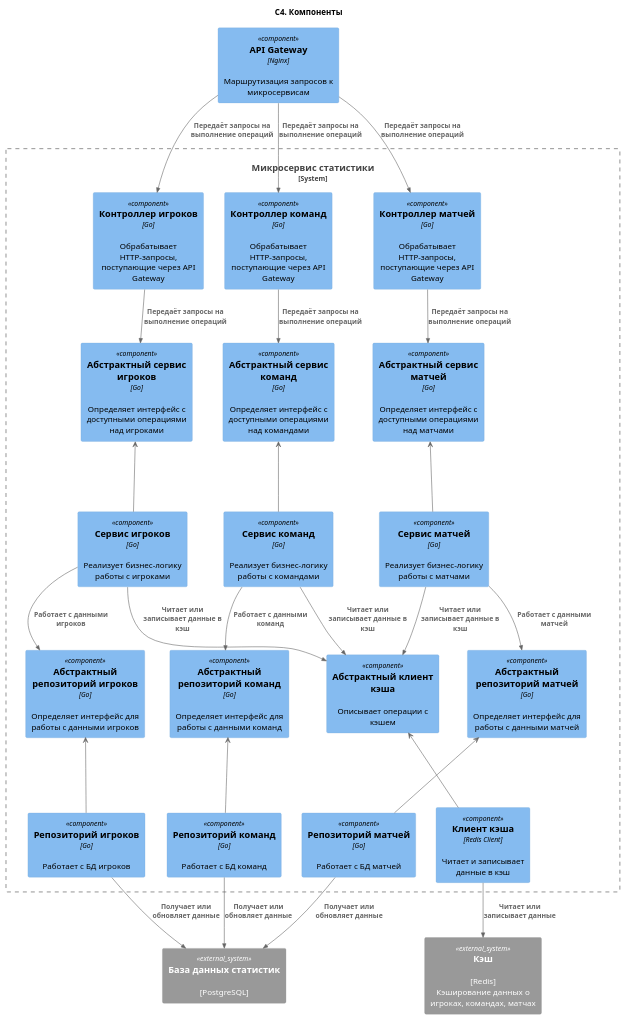
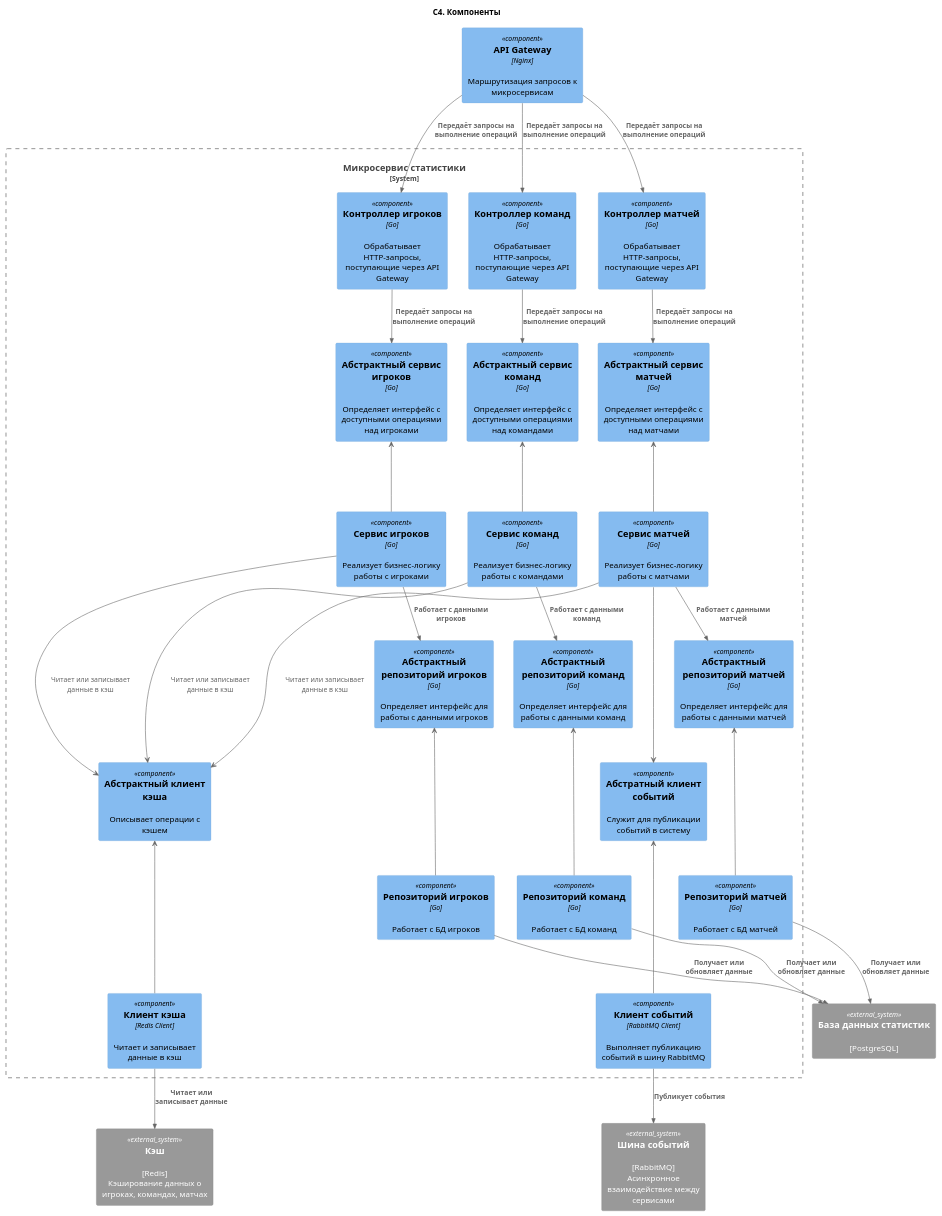
Before and after one commit to pdani1ov/project_doc: the diagram in 2. Технический проект/components.puml, drawn with PlantUML. The commit also changed 5 other files, not shown here.

Commit message:
Заменил систему резервного копирования на систему управления видеофрагментами, добавил шину событий, поправил container в C4

```diff
--- a/2. Технический проект/components.puml
+++ b/2. Технический проект/components.puml
@@ -1,62 +1,76 @@
 @startuml Component
 title "C4. Компоненты"
 
 !include <C4/C4_Component>
 
 Component(apiGateway, "API Gateway", "Nginx", "Маршрутизация запросов к микросервисам")
 
 System_Boundary(productService, "Микросервис статистики") {
     Component(playerController, "Контроллер игроков", "Go", "Обрабатывает HTTP-запросы, поступающие через API Gateway")
     Component(teamController, "Контроллер команд", "Go", "Обрабатывает HTTP-запросы, поступающие через API Gateway")
     Component(matchController, "Контроллер матчей", "Go", "Обрабатывает HTTP-запросы, поступающие через API Gateway")
+    
     Component(playerInterfaceService, "Абстрактный сервис игроков", "Go", "Определяет интерфейс с доступными операциями над игроками")
     Component(teamInterfaceService, "Абстрактный сервис команд", "Go", "Определяет интерфейс с доступными операциями над командами")
     Component(matchInterfaceService, "Абстрактный сервис матчей", "Go", "Определяет интерфейс с доступными операциями над матчами")
+    
     Component(playerService, "Сервис игроков", "Go", "Реализует бизнес-логику работы с игроками")
     Component(teamService, "Сервис команд", "Go", "Реализует бизнес-логику работы с командами")
     Component(matchService, "Сервис матчей", "Go", "Реализует бизнес-логику работы с матчами")
+    
     Component(playerInterfaceRepository, "Абстрактный репозиторий игроков", "Go", "Определяет интерфейс для работы с данными игроков")
     Component(teamInterfaceRepository, "Абстрактный репозиторий команд", "Go", "Определяет интерфейс для работы с данными команд")
     Component(matchInterfaceRepository, "Абстрактный репозиторий матчей", "Go", "Определяет интерфейс для работы с данными матчей")
+    
     Component(playerRepository, "Репозиторий игроков", "Go", "Работает с БД игроков")
     Component(teamRepository, "Репозиторий команд", "Go", "Работает с БД команд")
     Component(matchRepository, "Репозиторий матчей", "Go", "Работает с БД матчей")
+    
     Component(interfaceCacheClient, "Абстрактный клиент кэша", "", "Описывает операции с кэшем")
     Component(cacheClient, "Клиент кэша", "Redis Client", "Читает и записывает данные в кэш")
+
+    Component(eventInterfaceClient, "Абстратный клиент событий", "", "Служит для публикации событий в систему")
+    Component(eventClient, "Клиент событий", "RabbitMQ Client", "Выполняет публикацию событий в шину RabbitMQ")
 }
 
 System_Ext(redis, "Кэш", "[Redis]\nКэширование данных о игроках, командах, матчах")
 System_Ext(db, "База данных статистик", "[PostgreSQL]")
+System_Ext(eventBus, "Шина событий", "[RabbitMQ]\nАсинхронное взаимодействие между сервисами")
 
 Rel(apiGateway, playerController, "Передаёт запросы на выполнение операций")
 Rel(apiGateway, teamController, "Передаёт запросы на выполнение операций")
 Rel(apiGateway, matchController, "Передаёт запросы на выполнение операций")
 
 playerInterfaceService <--- playerService
 teamInterfaceService <--- teamService
 matchInterfaceService <---matchService
 
 playerInterfaceRepository <--- playerRepository
 teamInterfaceRepository <--- teamRepository
 matchInterfaceRepository <--- matchRepository
 
 interfaceCacheClient <--- cacheClient
 
 Rel(playerController, playerInterfaceService, "Передаёт запросы на выполнение операций")
 Rel(teamController, teamInterfaceService, "Передаёт запросы на выполнение операций")
 Rel(matchController, matchInterfaceService, "Передаёт запросы на выполнение операций")
 
 Rel(playerService, playerInterfaceRepository, "Работает с данными игроков")
-Rel(playerService, interfaceCacheClient, "Читает или записывает данные в кэш")
 Rel(teamService, teamInterfaceRepository, "Работает с данными команд")
-Rel(teamService, interfaceCacheClient, "Читает или записывает данные в кэш")
 Rel(matchService, matchInterfaceRepository, "Работает с данными матчей")
-Rel(matchService, interfaceCacheClient, "Читает или записывает данные в кэш")
+
+playerService ---> interfaceCacheClient : Читает или записывает данные в кэш
+teamService ---> interfaceCacheClient : Читает или записывает данные в кэш
+matchService ---> interfaceCacheClient : Читает или записывает данные в кэш
+
+matchService ---> eventInterfaceClient
+eventInterfaceClient <--- eventClient
 
 Rel(playerRepository, db, "Получает или обновляет данные")
 Rel(teamRepository, db, "Получает или обновляет данные")
 Rel(matchRepository, db, "Получает или обновляет данные")
 
 Rel(cacheClient, redis, "Читает или записывает данные")
+Rel(eventClient, eventBus, "Публикует события")
 
 @enduml
```
